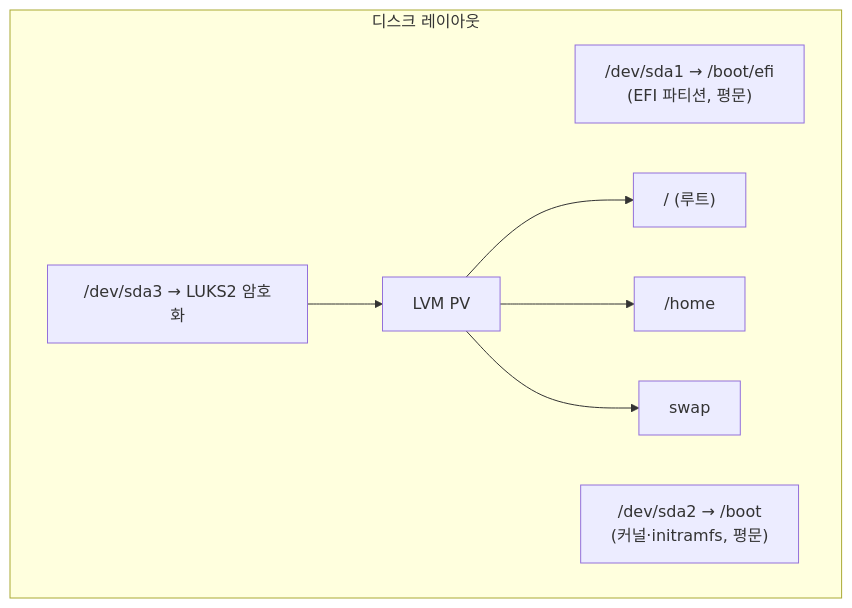
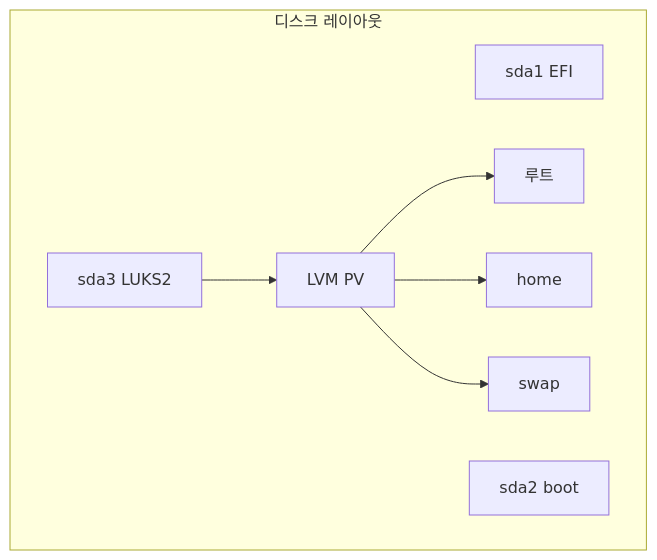
The fourth of 9 diagrams in content/linux/linux-security/luks-dm-crypt.md (moonblueblue/devops-wiki), drawn with Mermaid before and after one commit. The commit also changed other lines of this file and 37 other files, not shown here.

First line of the commit message:
style: linux 카테고리 ASCII 도표·Mermaid 라벨 형식 교정

````diff
--- a/content/linux/linux-security/luks-dm-crypt.md
+++ b/content/linux/linux-security/luks-dm-crypt.md
@@ -456,17 +467,17 @@
 ```mermaid
 graph TD
     subgraph disk["디스크 레이아웃"]
-        sda1["/dev/sda1 → /boot/efi<br/>(EFI 파티션, 평문)"]
-        sda2["/dev/sda2 → /boot<br/>(커널·initramfs, 평문)"]
-        sda3["/dev/sda3 → LUKS2 암호화"]
+        sda1["sda1 EFI"]
+        sda2["sda2 boot"]
+        sda3["sda3 LUKS2"]
         lvm["LVM PV"]
-        root["/ (루트)"]
-        home["/home"]
+        root["루트"]
+        home["home"]
         swap["swap"]
     end
 
     sda3 --> lvm
     lvm --> root
     lvm --> home
     lvm --> swap
 ```
````
